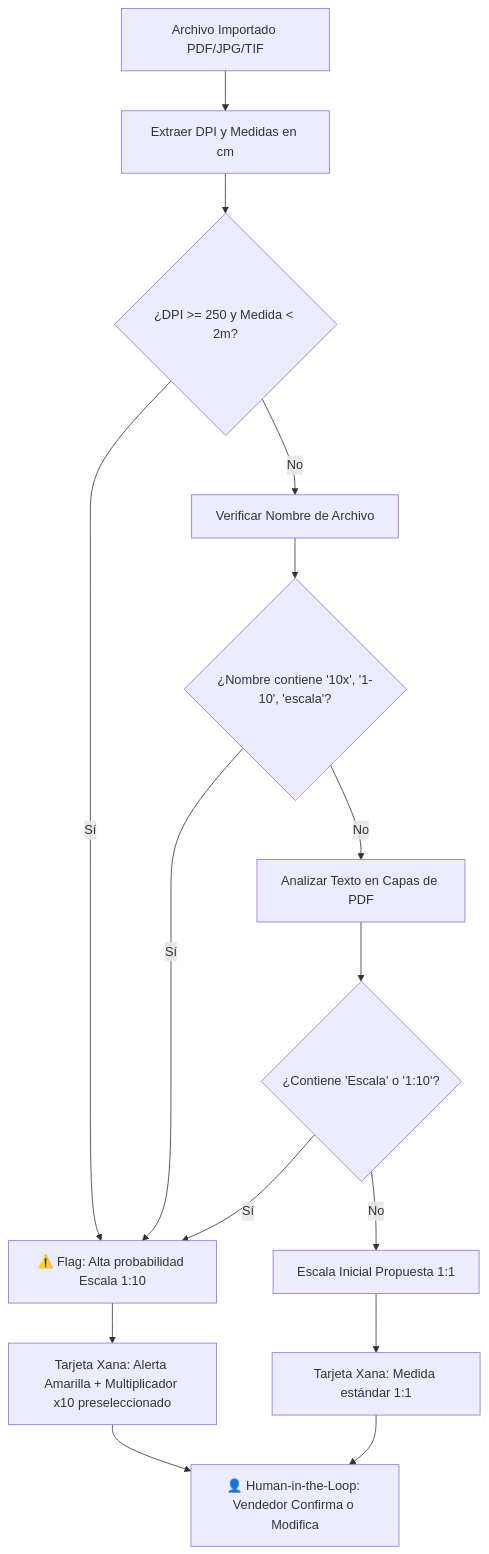
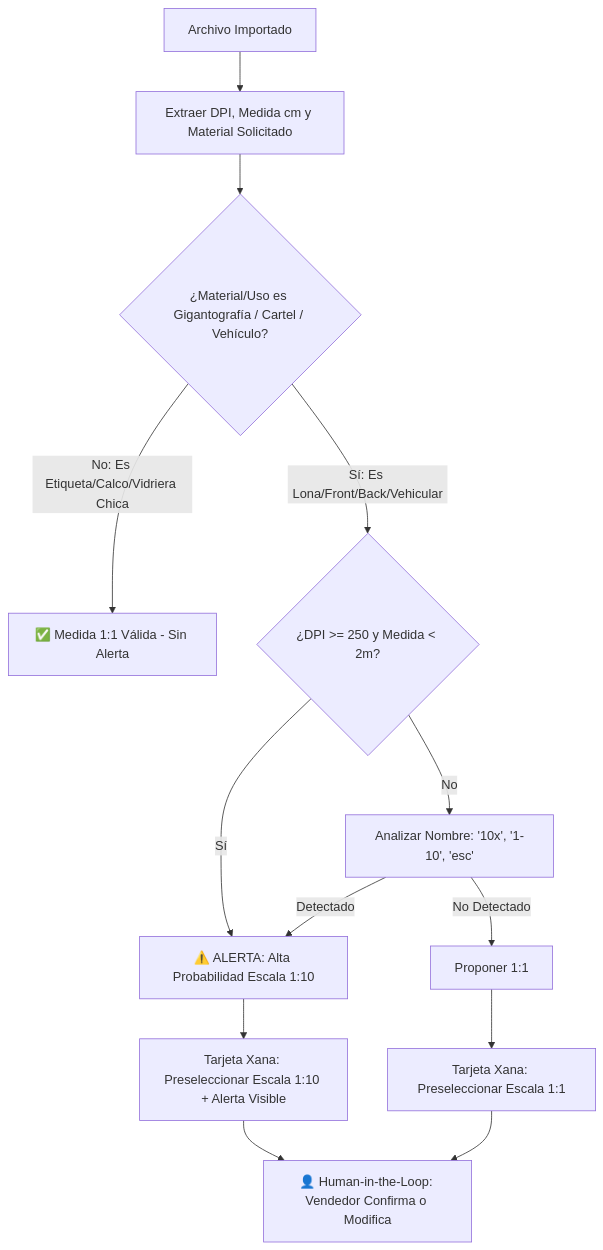
Before and after one commit to xignuxdis-eng/luxius-panel: the first of 2 diagrams in ROADMAP_DEFINITIVO_PRODUCCION_LUXIUS_V2.md, drawn with Mermaid. The commit also changed other lines of this file, not shown here.

Commit message:
docs: enrich roadmap V2 with 3D scale heuristic, entry SHA-256 anchor, smart reconciliation, and batch timeouts

````diff
--- a/ROADMAP_DEFINITIVO_PRODUCCION_LUXIUS_V2.md
+++ b/ROADMAP_DEFINITIVO_PRODUCCION_LUXIUS_V2.md
@@ -60,17 +63,15 @@
 ```mermaid
 flowchart TD
-    A[Archivo Importado PDF/JPG/TIF] --> B[Extraer DPI y Medidas en cm]
-    B --> C{¿DPI >= 250 y Medida < 2m?}
-    C -->|Sí| D[⚠️ Flag: Alta probabilidad Escala 1:10]
-    C -->|No| E[Verificar Nombre de Archivo]
-    E --> F{¿Nombre contiene '10x', '1-10', 'escala'? }
-    F -->|Sí| D
-    F -->|No| G[Analizar Texto en Capas de PDF]
-    G --> H{¿Contiene 'Escala' o '1:10'?}
-    H -->|Sí| D
-    H -->|No| I[Escala Inicial Propuesta 1:1]
-    D --> J[Tarjeta Xana: Alerta Amarilla + Multiplicador x10 preseleccionado]
-    I --> K[Tarjeta Xana: Medida estándar 1:1]
-    J --> L[👤 Human-in-the-Loop: Vendedor Confirma o Modifica]
-    K --> L
+    A[Archivo Importado] --> B[Extraer DPI, Medida cm y Material Solicitado]
+    B --> C{¿Material/Uso es Gigantografía / Cartel / Vehículo?}
+    C -->|No: Es Etiqueta/Calco/Vidriera Chica| D[✅ Medida 1:1 Válida - Sin Alerta]
+    C -->|Sí: Es Lona/Front/Back/Vehicular| E{¿DPI >= 250 y Medida < 2m?}
+    E -->|Sí| F[⚠️ ALERTA: Alta Probabilidad Escala 1:10]
+    E -->|No| G[Analizar Nombre: '10x', '1-10', 'esc']
+    G -->|Detectado| F
+    G -->|No Detectado| H[Proponer 1:1]
+    F --> I[Tarjeta Xana: Preseleccionar Escala 1:10 + Alerta Visible]
+    H --> J[Tarjeta Xana: Preseleccionar Escala 1:1]
+    I --> K[👤 Human-in-the-Loop: Vendedor Confirma o Modifica]
+    J --> K
 ```
````
